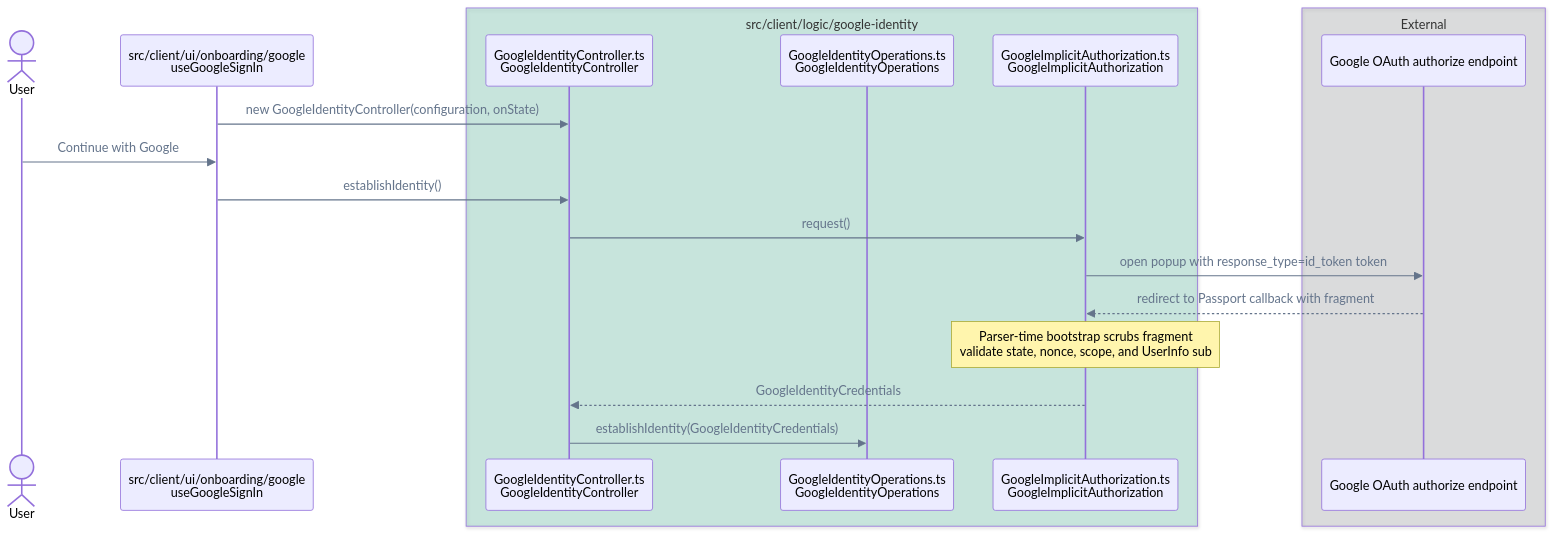
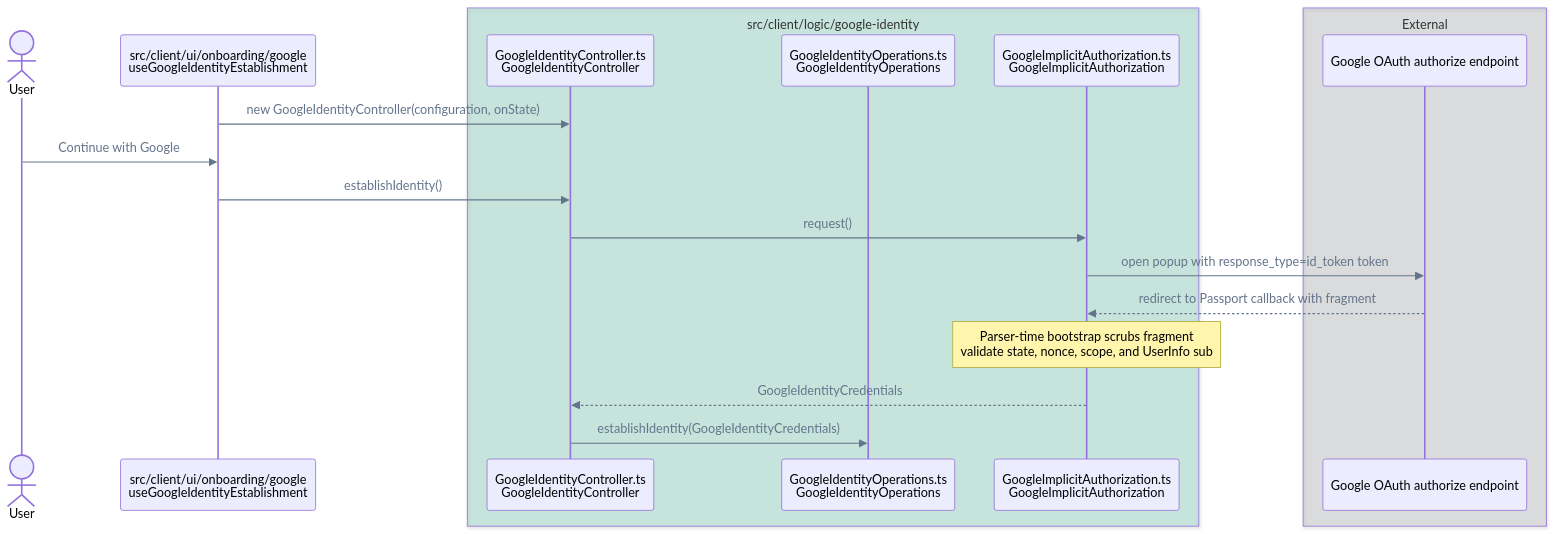
One commit to pubky/pubky-passport changed the seventh of 14 diagrams in FLOWS.md. Above: the diagram before and after it, drawn with Mermaid. The commit also changed other lines of this file and 85 other files, not shown here.

````diff
--- a/FLOWS.md
+++ b/FLOWS.md
@@ -296,26 +296,26 @@
 ```mermaid
 %%{init: {"themeVariables": {"signalColor": "#64748B", "signalTextColor": "#64748B"}}}%%
 sequenceDiagram
     accTitle: Single Google implicit popup call flow
     accDescr: One user click requests identity and Drive scopes; the callback fragment is scrubbed during HTML parsing and credentials remain browser-only.
     actor User
-    participant UI as src/client/ui/onboarding/google<br/>useGoogleSignIn
+    participant UI as src/client/ui/onboarding/google<br/>useGoogleIdentityEstablishment
     box rgba(0, 158, 115, 0.18) src/client/logic/google-identity
         participant GoogleController as GoogleIdentityController.ts<br/>GoogleIdentityController
         participant Operations as GoogleIdentityOperations.ts<br/>GoogleIdentityOperations
         participant Authorization as GoogleImplicitAuthorization.ts<br/>GoogleImplicitAuthorization
     end
     box rgba(17, 24, 39, 0.12) External
         participant OAuth as Google OAuth authorize endpoint
     end
 
     UI->>GoogleController: new GoogleIdentityController(configuration, onState)
     User->>UI: Continue with Google
     UI->>GoogleController: establishIdentity()
     GoogleController->>Authorization: request()
     Authorization->>OAuth: open popup with response_type=id_token token
     OAuth-->>Authorization: redirect to Passport callback with fragment
     Note over Authorization: Parser-time bootstrap scrubs fragment<br/>validate state, nonce, scope, and UserInfo sub
     Authorization-->>GoogleController: GoogleIdentityCredentials
     GoogleController->>Operations: establishIdentity(GoogleIdentityCredentials)
 ```
````
